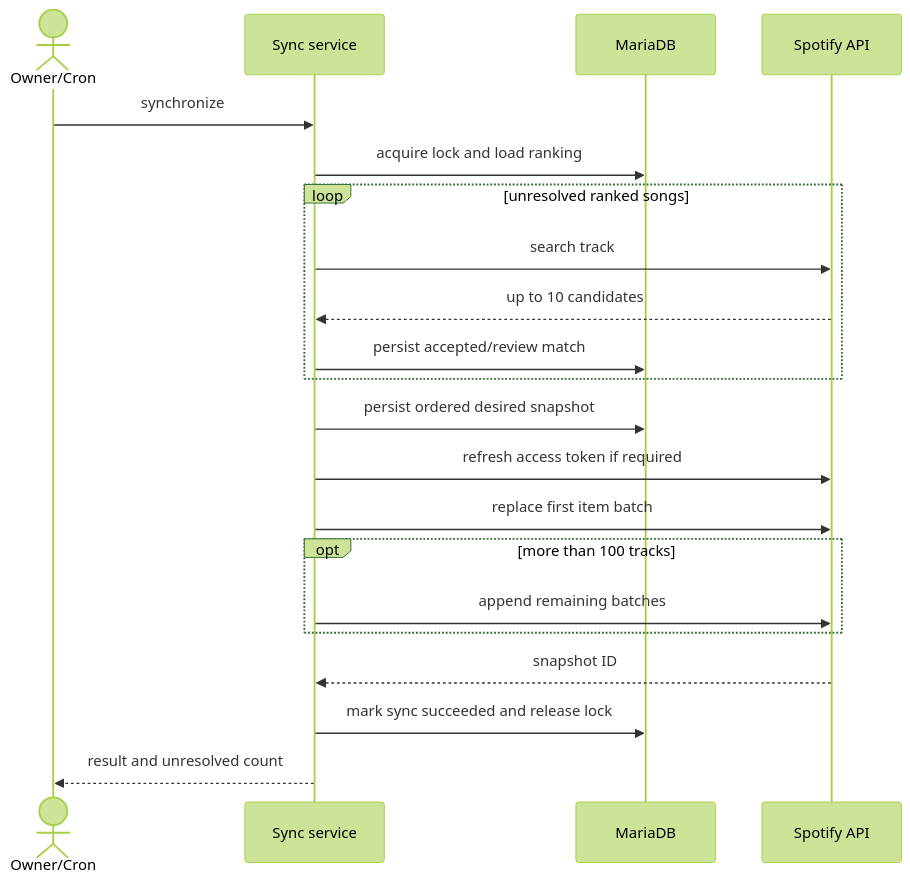
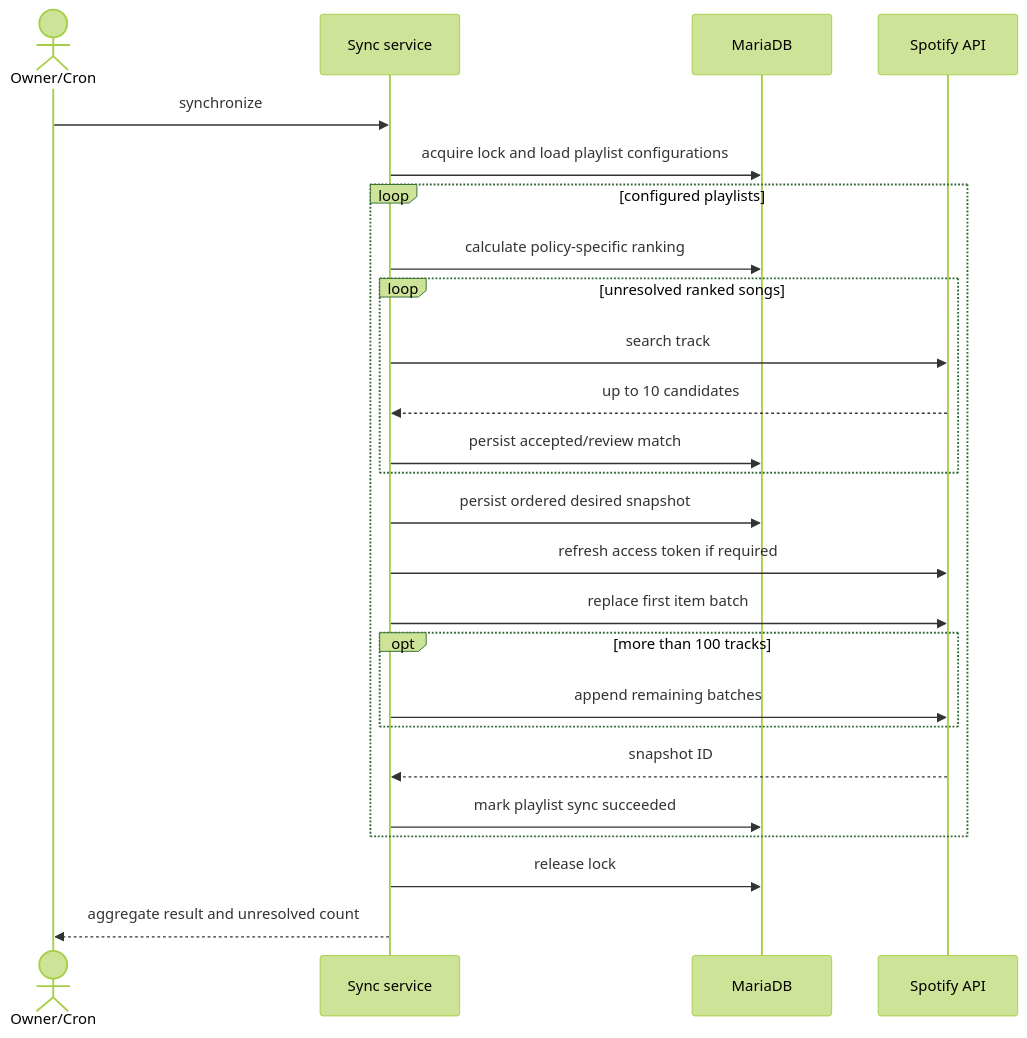
The second of 2 diagrams in _docs/architecture/05-business-logic.md (surech/srf3tospotify), drawn with Mermaid (forest theme) before and after one commit. The commit also changed other lines of this file and 17 other files, not shown here.

````diff
--- a/_docs/architecture/05-business-logic.md
+++ b/_docs/architecture/05-business-logic.md
@@ -64,23 +69,27 @@
 ```mermaid
 sequenceDiagram
     actor Trigger as Owner/Cron
     participant App as Sync service
     participant DB as MariaDB
     participant Spotify as Spotify API
     Trigger->>App: synchronize
-    App->>DB: acquire lock and load ranking
-    loop unresolved ranked songs
-        App->>Spotify: search track
-        Spotify-->>App: up to 10 candidates
-        App->>DB: persist accepted/review match
+    App->>DB: acquire lock and load playlist configurations
+    loop configured playlists
+        App->>DB: calculate policy-specific ranking
+        loop unresolved ranked songs
+            App->>Spotify: search track
+            Spotify-->>App: up to 10 candidates
+            App->>DB: persist accepted/review match
+        end
+        App->>DB: persist ordered desired snapshot
+        App->>Spotify: refresh access token if required
+        App->>Spotify: replace first item batch
+        opt more than 100 tracks
+            App->>Spotify: append remaining batches
+        end
+        Spotify-->>App: snapshot ID
+        App->>DB: mark playlist sync succeeded
     end
-    App->>DB: persist ordered desired snapshot
-    App->>Spotify: refresh access token if required
-    App->>Spotify: replace first item batch
-    opt more than 100 tracks
-        App->>Spotify: append remaining batches
-    end
-    Spotify-->>App: snapshot ID
-    App->>DB: mark sync succeeded and release lock
-    App-->>Trigger: result and unresolved count
+    App->>DB: release lock
+    App-->>Trigger: aggregate result and unresolved count
 ```
````
